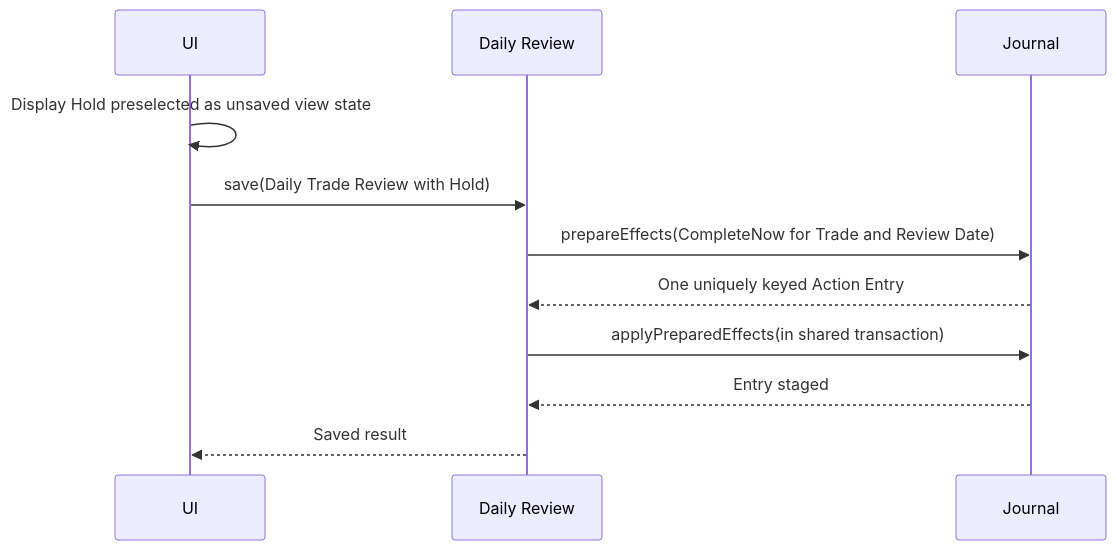
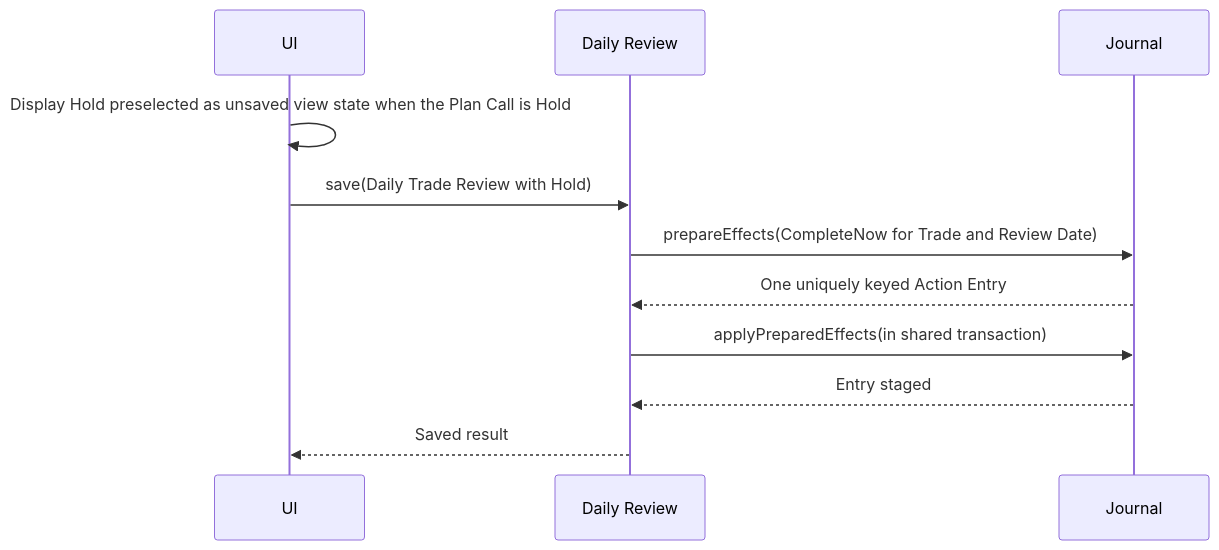
The fourth of 4 diagrams in specs/design/journal.md (ckolbegger/trade-journal-v3), drawn with Mermaid before and after one commit. The commit also changed other lines of this file and 39 other files, not shown here.

````diff
--- a/specs/design/journal.md
+++ b/specs/design/journal.md
@@ -227,13 +227,13 @@
 ```mermaid
 sequenceDiagram
     participant UI
     participant DR as Daily Review
     participant J as Journal
-    UI->>UI: Display Hold preselected as unsaved view state
+    UI->>UI: Display Hold preselected as unsaved view state when the Plan Call is Hold
     UI->>DR: save(Daily Trade Review with Hold)
     DR->>J: prepareEffects(CompleteNow for Trade and Review Date)
     J-->>DR: One uniquely keyed Action Entry
     DR->>J: applyPreparedEffects(in shared transaction)
     J-->>DR: Entry staged
     DR-->>UI: Saved result
 ```
````
